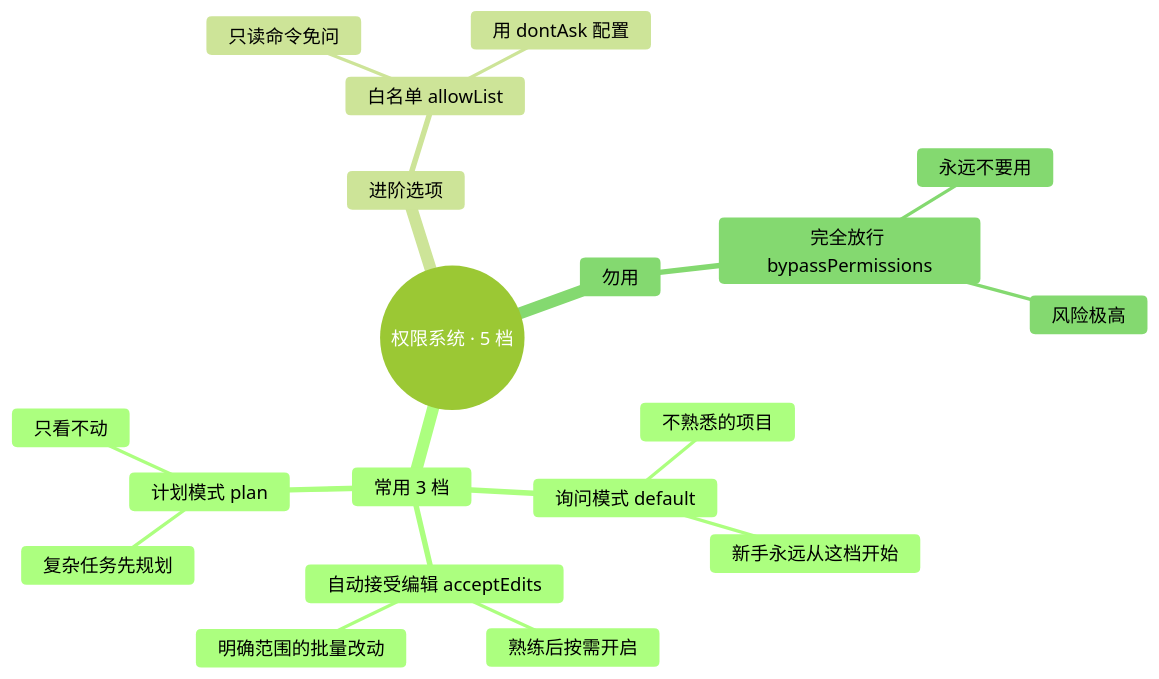
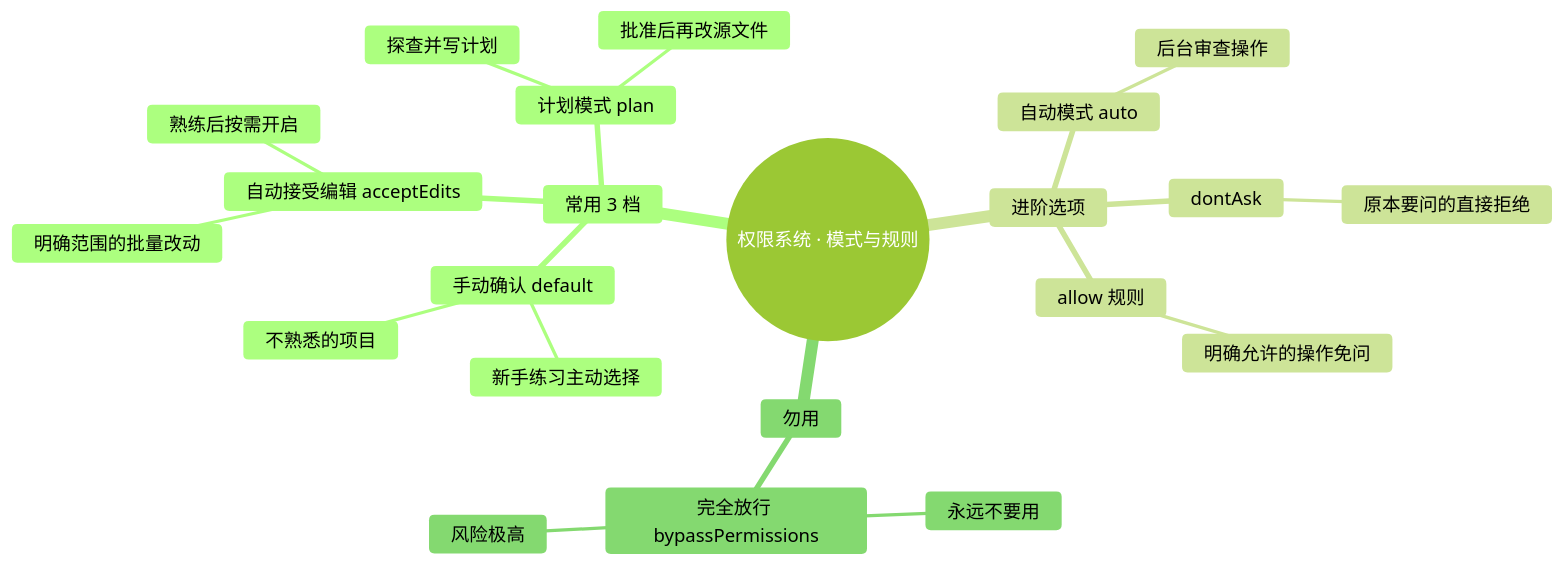
The second of 2 diagrams in manuscript/part2-日常使用/07-让它跑命令加权限机制.md (mali9527/claude-code-full-guide-for-beginners), drawn with Mermaid before and after one commit. The commit also changed other lines of this file and 130 other files, not shown here.

````diff
--- a/manuscript/part2-日常使用/07-让它跑命令加权限机制.md
+++ b/manuscript/part2-日常使用/07-让它跑命令加权限机制.md
@@ -91,30 +97,33 @@
 ```mermaid
 ---
 config:
   theme: forest
   themeVariables:
     fontFamily: "-apple-system, 'SF Pro Text', 'PingFang SC', 'Helvetica Neue', sans-serif"
     fontSize: "17px"
     lineColor: "#D9D9D9"
 ---
 mindmap
-  root((权限系统 · 5 档))
+  root((权限系统 · 模式与规则))
     常用 3 档
-      询问模式 default
-        新手永远从这档开始
+      手动确认 default
+        新手练习主动选择
         不熟悉的项目
       自动接受编辑 acceptEdits
         熟练后按需开启
         明确范围的批量改动
       计划模式 plan
-        只看不动
-        复杂任务先规划
+        探查并写计划
+        批准后再改源文件
     进阶选项
-      白名单 allowList
-        只读命令免问
-        用 dontAsk 配置
+      自动模式 auto
+        后台审查操作
+      dontAsk
+        原本要问的直接拒绝
+      allow 规则
+        明确允许的操作免问
     勿用
       完全放行 bypassPermissions
         永远不要用
         风险极高
 ```
````
